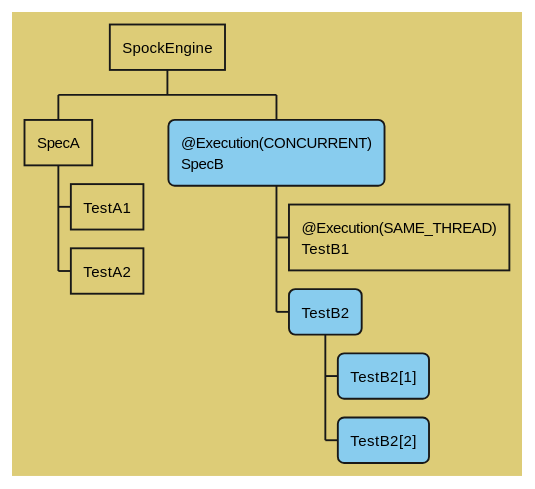
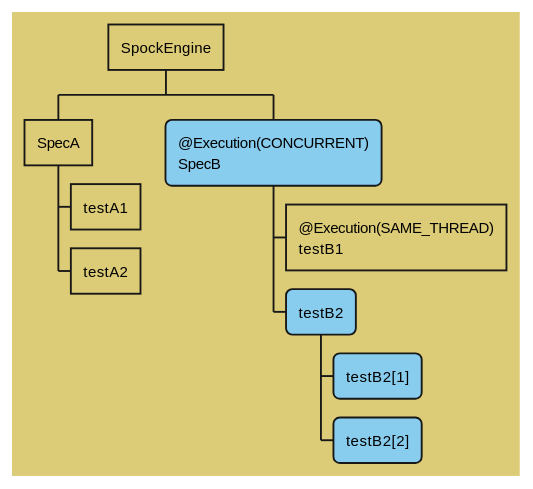
The eighth of 15 diagrams in docs/parallel_execution.adoc (spockframework/spock), drawn with PlantUML before and after one commit. The commit also changed other lines of this file, not shown here.

Commit message:
Rename upper case Test to test in parallel_execution.adoc

```diff
--- a/docs/parallel_execution.adoc
+++ b/docs/parallel_execution.adoc
@@ -360,28 +360,28 @@
 [plantuml,images/execution-hierarchy-inheritance-spec-feature-execution,svg]
 ....
 @startwbs
 <style>
 wbsDiagram {
   BackgroundColor #DDCC77
   .concurrent * {
       BackgroundColor #88CCEE
       RoundCorner 10
   }
   .samethread * {
       BackgroundColor #DDCC77
       RoundCorner 0
   }
 }
 </style>
 skinparam shadowing false
 * SpockEngine
 ** SpecA
-*** TestA1
-*** TestA2
+*** testA1
+*** testA2
 ** @Execution(CONCURRENT)\nSpecB  <<concurrent>>
-*** @Execution(SAME_THREAD)\nTestB1 <<samethread>>
-*** TestB2
-**** TestB2[1]
-**** TestB2[2]
+*** @Execution(SAME_THREAD)\ntestB1 <<samethread>>
+*** testB2
+**** testB2[1]
+**** testB2[2]
 @endwbs
 ....
```
